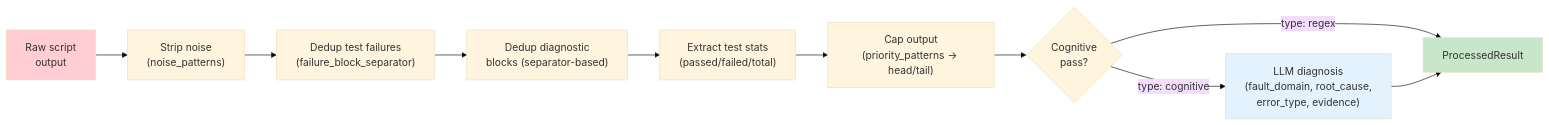
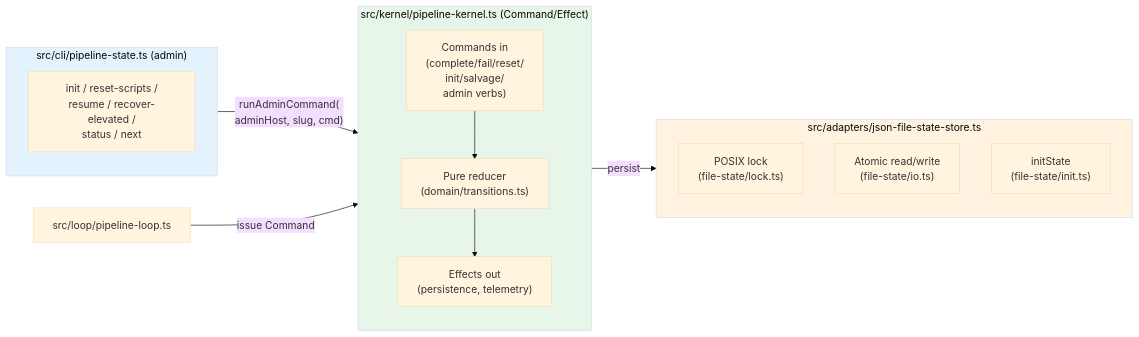
The seventh of 7 diagrams in tools/autonomous-factory/docs/04-state-machine.md (RomanKaliupinMelonusa/DAGent-t), drawn with Mermaid (base theme) before and after one commit. The commit also changed other lines of this file and 286 other files, not shown here.

````diff
--- a/tools/autonomous-factory/docs/04-state-machine.md
+++ b/tools/autonomous-factory/docs/04-state-machine.md
@@ -468,16 +437,28 @@
 ```mermaid
 flowchart LR
-    RAW["Raw script\noutput"] --> NOISE["Strip noise\n(noise_patterns)"]
-    NOISE --> DEDUP_T["Dedup test failures\n(failure_block_separator)"]
-    DEDUP_T --> DEDUP_B["Dedup diagnostic\nblocks (separator-based)"]
-    DEDUP_B --> STATS["Extract test stats\n(passed/failed/total)"]
-    STATS --> CAP["Cap output\n(priority_patterns → head/tail)"]
-    CAP --> COG{"Cognitive\npass?"}
-    COG -->|"type: cognitive"| LLM["LLM diagnosis\n(fault_domain, root_cause,\nerror_type, evidence)"]
-    COG -->|"type: regex"| DONE["ProcessedResult"]
-    LLM --> DONE
+    subgraph KERNEL["src/kernel/pipeline-kernel.ts (Command/Effect)"]
+        direction TB
+        CMD["Commands in\n(complete/fail/reset/\ninit/salvage/\nadmin verbs)"]
+        RED["Pure reducer\n(domain/transitions.ts)"]
+        EFF["Effects out\n(persistence, telemetry)"]
+    end
 
-    style RAW fill:#ffcdd2
-    style DONE fill:#c8e6c9
-    style LLM fill:#e3f2fd
+    subgraph ADAPTER["src/adapters/json-file-state-store.ts"]
+        LOCK["POSIX lock\n(file-state/lock.ts)"]
+        IO["Atomic read/write\n(file-state/io.ts)"]
+        INIT["initState\n(file-state/init.ts)"]
+    end
+
+    subgraph CLI["src/cli/pipeline-state.ts (admin)"]
+        VERBS["init / reset-scripts /\nresume / recover-elevated /\nstatus / next"]
+    end
+
+    CMD --> RED --> EFF
+    EFF -->|"persist"| ADAPTER
+    CLI -->|"runAdminCommand(\nadminHost, slug, cmd)"| KERNEL
+    LOOP["src/loop/pipeline-loop.ts"] -->|"issue Command"| KERNEL
+
+    style KERNEL fill:#e8f5e9
+    style ADAPTER fill:#fff3e0
+    style CLI fill:#e3f2fd
 ```
````
